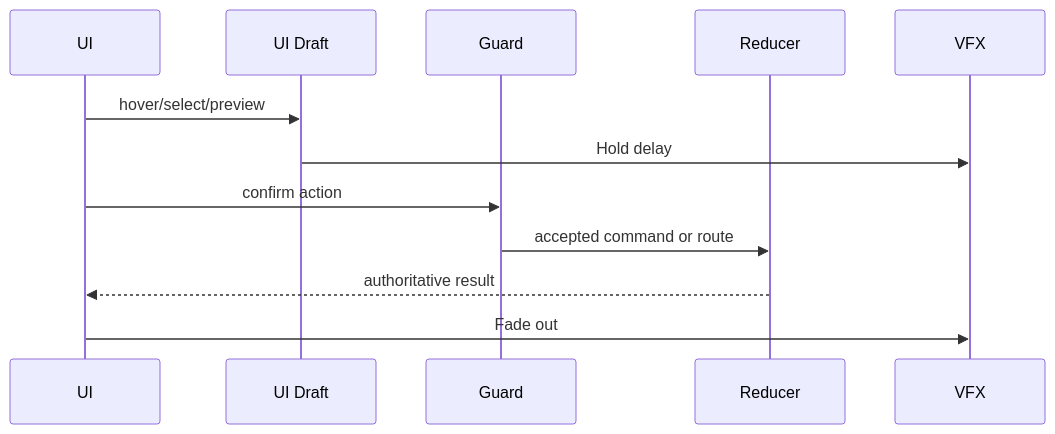
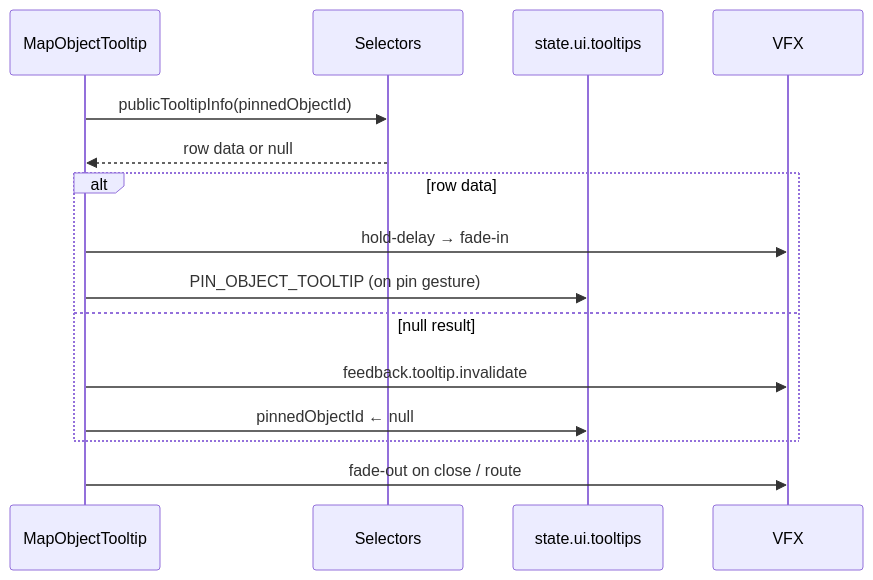
Before and after one commit to SunaNoOshiro/Heroes_Reforged_AI_Realms: the fourth of 5 diagrams in docs/architecture/wiki/screens/18-map-object-tooltip/architecture.md, drawn with Mermaid. The commit also changed other lines of this file and 518 other files, not shown here.

First line of the commit message:
Add doc-audit skill and sweep architecture/screen docs

````diff
--- a/docs/architecture/wiki/screens/18-map-object-tooltip/architecture.md
+++ b/docs/architecture/wiki/screens/18-map-object-tooltip/architecture.md
@@ -52,14 +51,17 @@
 ```mermaid
 sequenceDiagram
-  participant UI
-  participant Draft as UI Draft
-  participant Guard
-  participant Reducer
+  participant UI as MapObjectTooltip
+  participant Sel as Selectors
+  participant State as state.ui.tooltips
   participant VFX
-  UI->>Draft: hover/select/preview
-  Draft->>VFX: Hold delay
-  UI->>Guard: confirm action
-  Guard->>Reducer: accepted command or route
-  Reducer-->>UI: authoritative result
-  UI->>VFX: Fade out
+  UI->>Sel: publicTooltipInfo(pinnedObjectId)
+  Sel-->>UI: row data or null
+  alt row data
+    UI->>VFX: hold-delay → fade-in
+    UI->>State: PIN_OBJECT_TOOLTIP (on pin gesture)
+  else null result
+    UI->>VFX: feedback.tooltip.invalidate
+    UI->>State: pinnedObjectId ← null
+  end
+  UI->>VFX: fade-out on close / route
 ```
````
